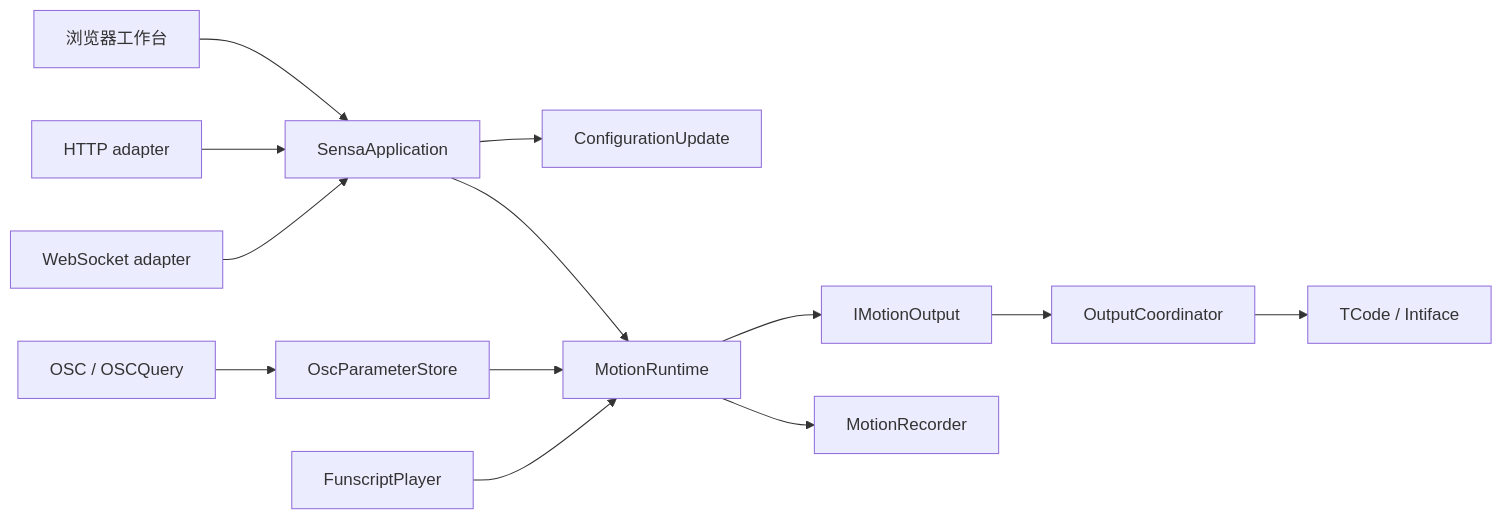
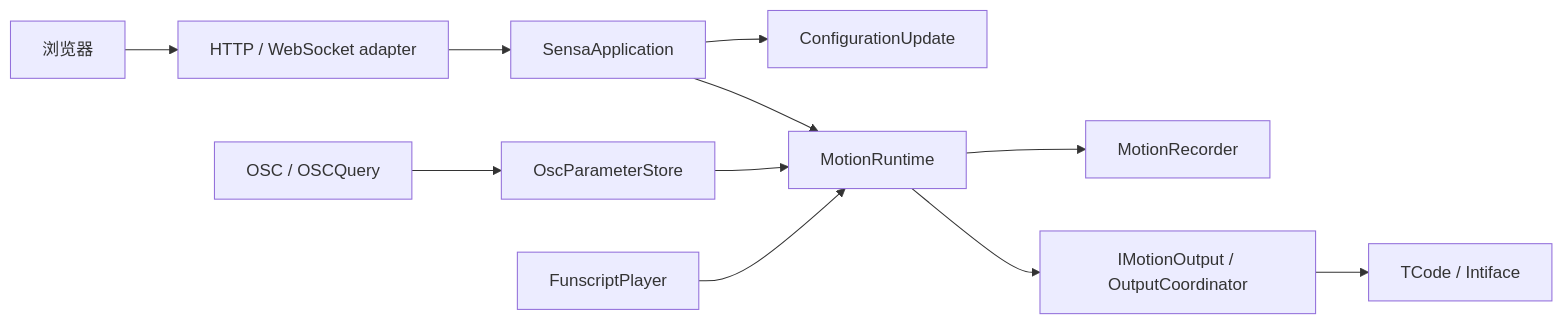
Before and after one commit to SeaLoong/Sensa: the diagram in docs/architecture.md, drawn with Mermaid. The commit also changed other lines of this file and 153 other files, not shown here.

````diff
--- a/docs/architecture.md
+++ b/docs/architecture.md
@@ -9,15 +9,13 @@
 ```mermaid
 flowchart LR
-    UI[浏览器工作台] --> A[SensaApplication]
-    HTTP[HTTP adapter] --> A
-    WS[WebSocket adapter] --> A
-    A --> C[ConfigurationUpdate]
-    A --> M[MotionRuntime]
-    OSC[OSC / OSCQuery] --> S[OscParameterStore]
-    S --> M
-    P[FunscriptPlayer] --> M
-    M --> O[IMotionOutput]
-    O --> R[OutputCoordinator]
-    R --> T[TCode / Intiface]
-    M --> REC[MotionRecorder]
+  Browser[浏览器] --> HTTP[HTTP / WebSocket adapter]
+  HTTP --> App[SensaApplication]
+  App --> Config[ConfigurationUpdate]
+  App --> Runtime[MotionRuntime]
+  OSC[OSC / OSCQuery] --> Store[OscParameterStore]
+  Store --> Runtime
+  Script[FunscriptPlayer] --> Runtime
+  Runtime --> Record[MotionRecorder]
+  Runtime --> Output[IMotionOutput / OutputCoordinator]
+  Output --> Devices[TCode / Intiface]
 ```
````
